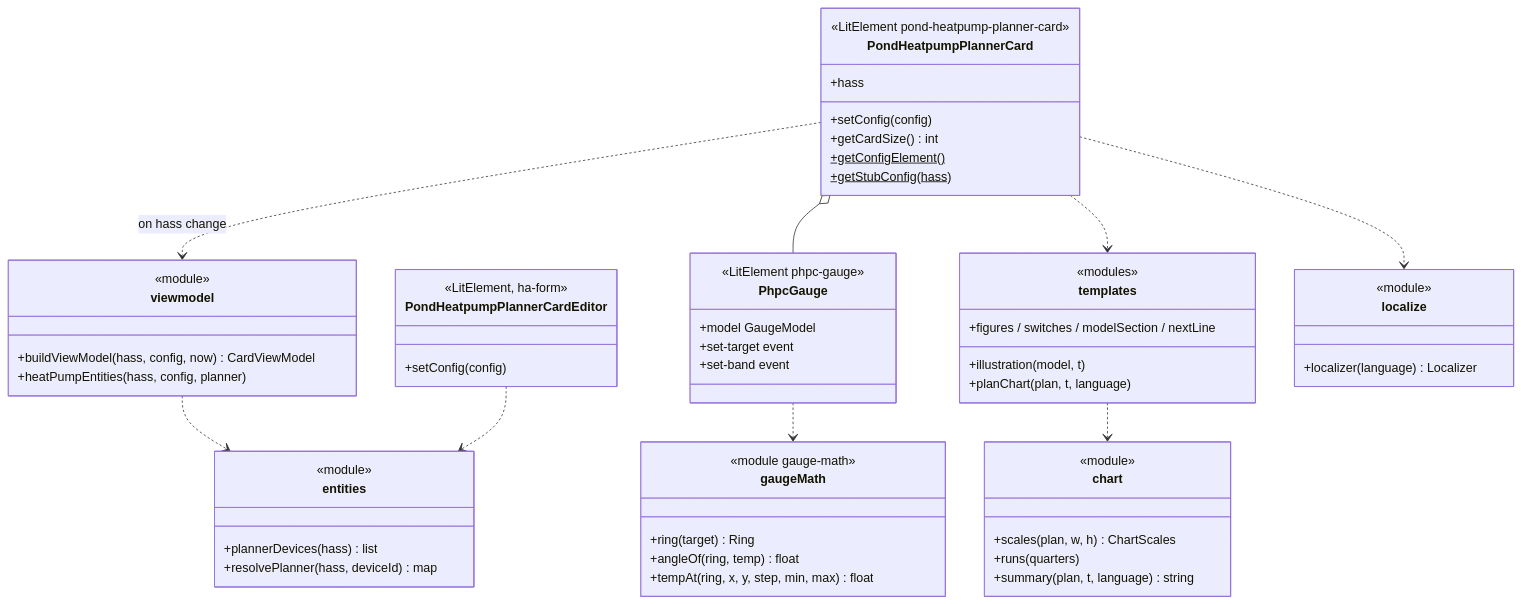
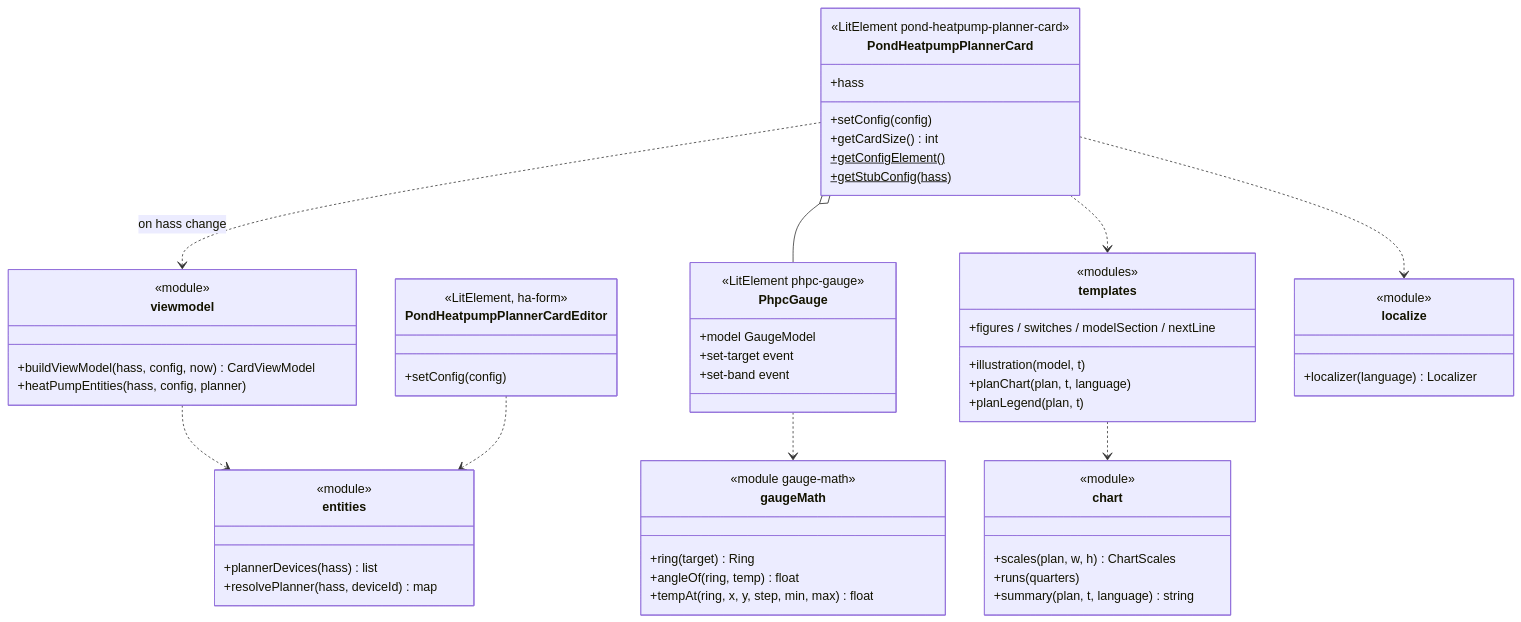
One commit to abroeders/pond-heatpump-price-planner changed diagram 20 of 22 in docs/architecture.md. Above: the diagram before and after it, drawn with Mermaid.

Commit message:
docs: plan legend in the card module diagram (#14)

````diff
--- a/docs/architecture.md
+++ b/docs/architecture.md
@@ -791,62 +791,63 @@
 ```mermaid
 classDiagram
     direction TB
     class PondHeatpumpPlannerCard {
         <<LitElement pond-heatpump-planner-card>>
         +setConfig(config)
         +hass
         +getCardSize() int
         +getConfigElement()$
         +getStubConfig(hass)$
     }
     class PondHeatpumpPlannerCardEditor {
         <<LitElement, ha-form>>
         +setConfig(config)
     }
     class PhpcGauge {
         <<LitElement phpc-gauge>>
         +model GaugeModel
         +set-target event
         +set-band event
     }
     class viewmodel {
         <<module>>
         +buildViewModel(hass, config, now) CardViewModel
         +heatPumpEntities(hass, config, planner)
     }
     class entities {
         <<module>>
         +plannerDevices(hass) list
         +resolvePlanner(hass, deviceId) map
     }
     class chart {
         <<module>>
         +scales(plan, w, h) ChartScales
         +runs(quarters)
         +summary(plan, t, language) string
     }
     class gaugeMath {
         <<module gauge-math>>
         +ring(target) Ring
         +angleOf(ring, temp) float
         +tempAt(ring, x, y, step, min, max) float
     }
     class templates {
         <<modules>>
         +illustration(model, t)
         +planChart(plan, t, language)
+        +planLegend(plan, t)
         +figures / switches / modelSection / nextLine
     }
     class localize {
         <<module>>
         +localizer(language) Localizer
     }
     PondHeatpumpPlannerCard ..> viewmodel : on hass change
     viewmodel ..> entities
     PondHeatpumpPlannerCard o-- PhpcGauge
     PondHeatpumpPlannerCard ..> templates
     templates ..> chart
     PhpcGauge ..> gaugeMath
     PondHeatpumpPlannerCard ..> localize
     PondHeatpumpPlannerCardEditor ..> entities
 ```
````
